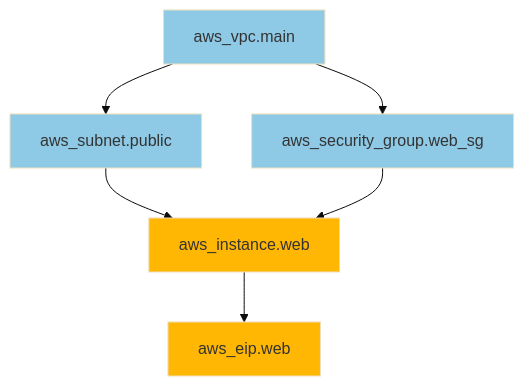
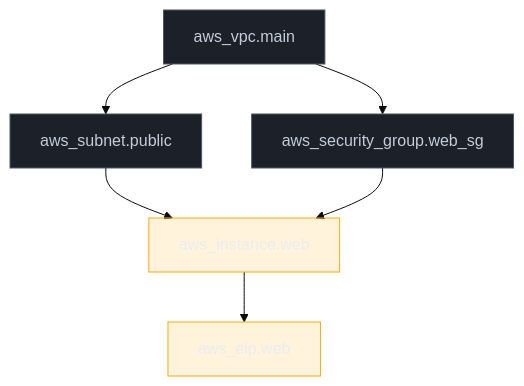
Before and after one commit to josenaldo/codex-technomanticus: the second of 2 diagrams in 03-Dominios/Tecnologia/Cloud/16 - Infrastructure as Code/02 - Terraform a fundo.md, drawn with Mermaid (base theme). The commit also changed other lines of this file and 1181 other files, not shown here.

First line of the commit message:
fix(diagramas): paleta do sistema no lugar de cor cravada no markdown

````diff
--- a/03-Dominios/Tecnologia/Cloud/16 - Infrastructure as Code/02 - Terraform a fundo.md
+++ b/03-Dominios/Tecnologia/Cloud/16 - Infrastructure as Code/02 - Terraform a fundo.md
@@ -291,14 +294,16 @@
 ```mermaid
 graph TD
+    classDef neutro fill:#1B2029,stroke:#4E5666,color:#C6CCD8
+    classDef destaque fill:#FFAA0024,stroke:#FFAA00,color:#E9ECF2
     VPC["aws_vpc.main"] --> Subnet["aws_subnet.public"]
     VPC --> SG["aws_security_group.web_sg"]
     Subnet --> Instance["aws_instance.web"]
     SG --> Instance
     Instance --> EIP["aws_eip.web"]
 
-    style VPC fill:#8ecae6
-    style Subnet fill:#8ecae6
-    style SG fill:#8ecae6
-    style Instance fill:#ffb703
-    style EIP fill:#ffb703
+    class VPC neutro
+    class Subnet neutro
+    class SG neutro
+    class Instance destaque
+    class EIP destaque
 ```
````
